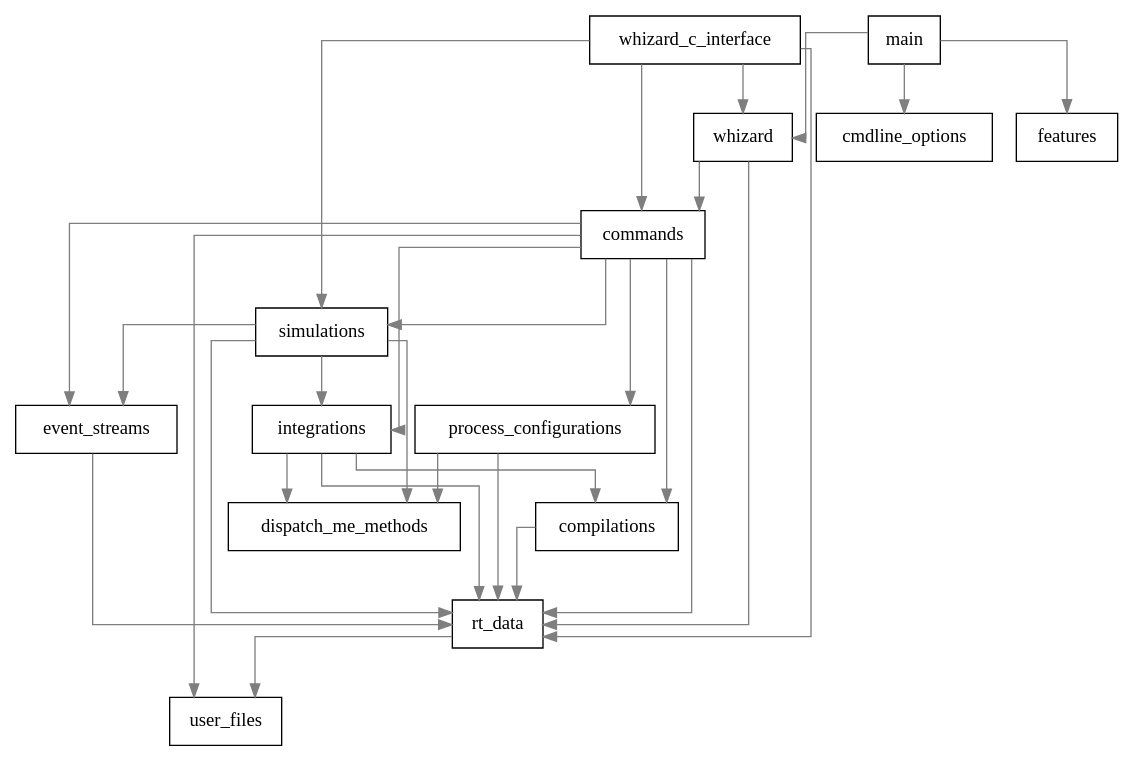
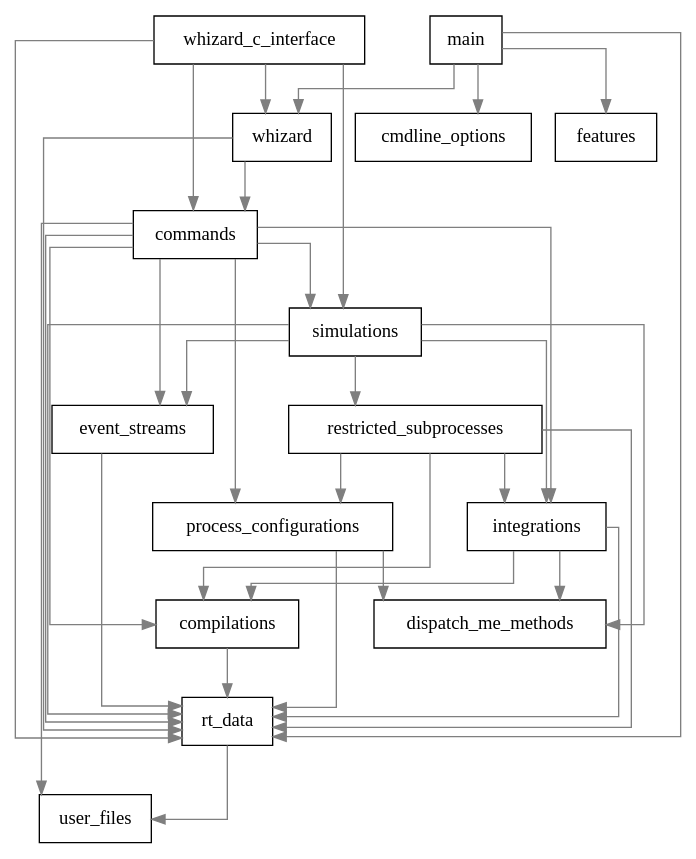
The diagram in share/doc/whizard-core.dot (bendavid/whizard), drawn with Graphviz before and after one commit. The commit also changed 1112 other files, not shown here.

```diff
--- a/share/doc/whizard-core.dot
+++ b/share/doc/whizard-core.dot
@@ -1,35 +1,41 @@
 
 digraph G {
 concentrate=true
 splines=ortho
 node[shape=record,style=filled,fillcolor=white]
 edge[color=gray50]
 commands -> rt_data
 compilations -> rt_data
 main -> whizard
 event_streams -> rt_data
-simulations -> event_streams
+restricted_subprocesses -> compilations
+whizard_c_interface -> whizard
 whizard -> rt_data
 commands -> simulations
+main -> rt_data
 whizard_c_interface -> commands
-whizard_c_interface -> whizard
+restricted_subprocesses -> rt_data
 commands -> integrations
+restricted_subprocesses -> process_configurations
 whizard_c_interface -> rt_data
+integrations -> rt_data
 simulations -> dispatch_me_methods
 simulations -> integrations
 main -> cmdline_options
 whizard_c_interface -> simulations
 commands -> user_files
+simulations -> event_streams
 integrations -> dispatch_me_methods
 rt_data -> user_files
+whizard -> commands
 process_configurations -> dispatch_me_methods
-whizard -> commands
 process_configurations -> rt_data
-integrations -> rt_data
+integrations -> compilations
 commands -> process_configurations
 commands -> event_streams
 main -> features
 commands -> compilations
-integrations -> compilations
+restricted_subprocesses -> integrations
+simulations -> restricted_subprocesses
 simulations -> rt_data
  }
```
